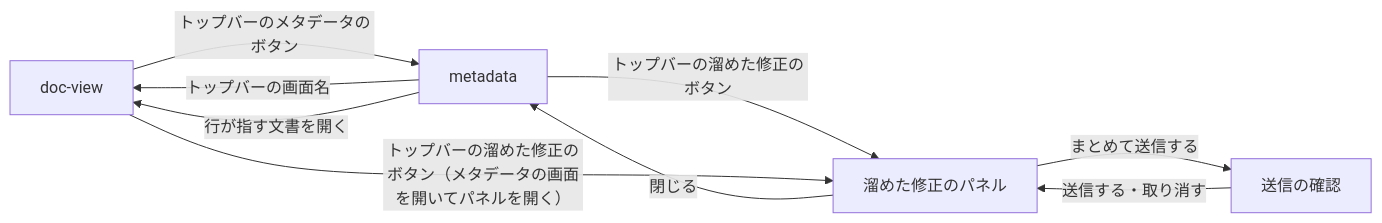
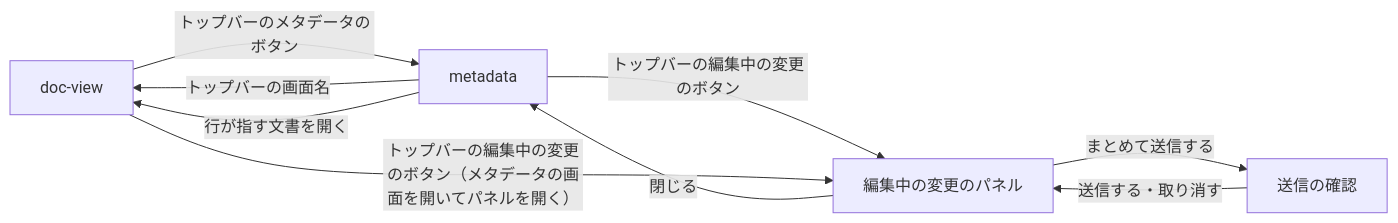
Before and after one commit to shuhei1101/dev-docs: the diagram in docs/pr/313/画面.mark.md, drawn with Mermaid. The commit also changed other lines of this file and 9 other files, not shown here.

````diff
--- a/docs/pr/313/画面.mark.md
+++ b/docs/pr/313/画面.mark.md
@@ -68,11 +68,11 @@
 ```mermaid
 flowchart LR
   A[doc-view] -->|トップバーのメタデータのボタン| B[metadata]
   B -->|トップバーの画面名| A
   B -->|行が指す文書を開く| A
-  B -->|トップバーの溜めた修正のボタン| C[溜めた修正のパネル]
-  A -->|トップバーの溜めた修正のボタン（メタデータの画面を開いてパネルを開く）| C
+  B -->|トップバーの編集中の変更のボタン| C[編集中の変更のパネル]
+  A -->|トップバーの編集中の変更のボタン（メタデータの画面を開いてパネルを開く）| C
   C -->|閉じる| B
   C -->|まとめて送信する| D[送信の確認]
   D -->|送信する・取り消す| C
 ```
````
